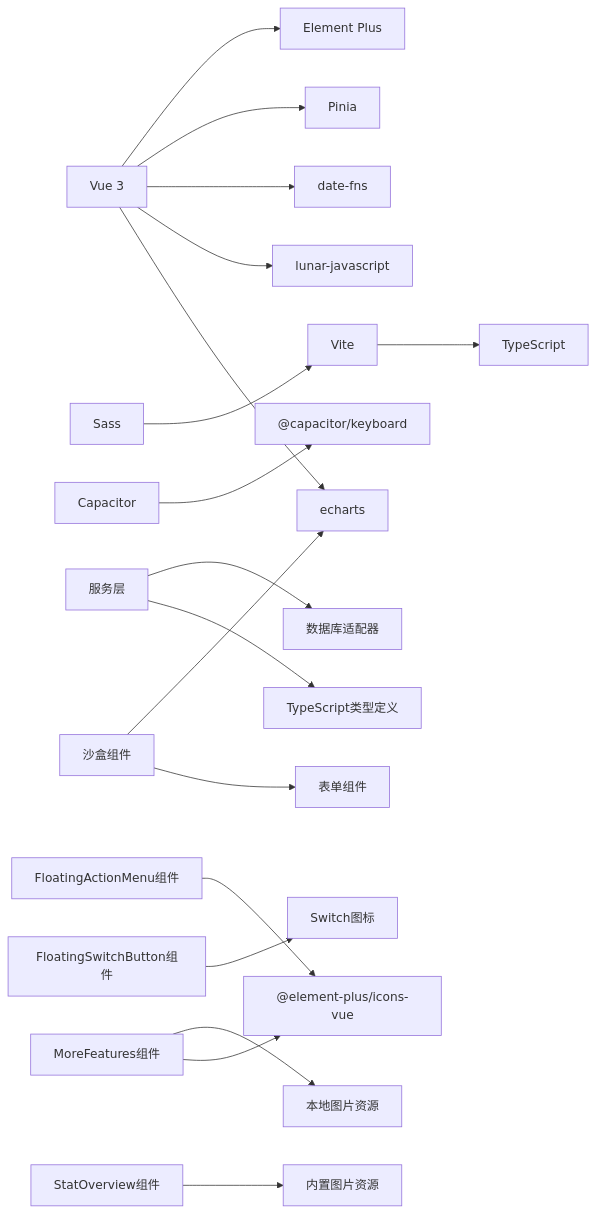
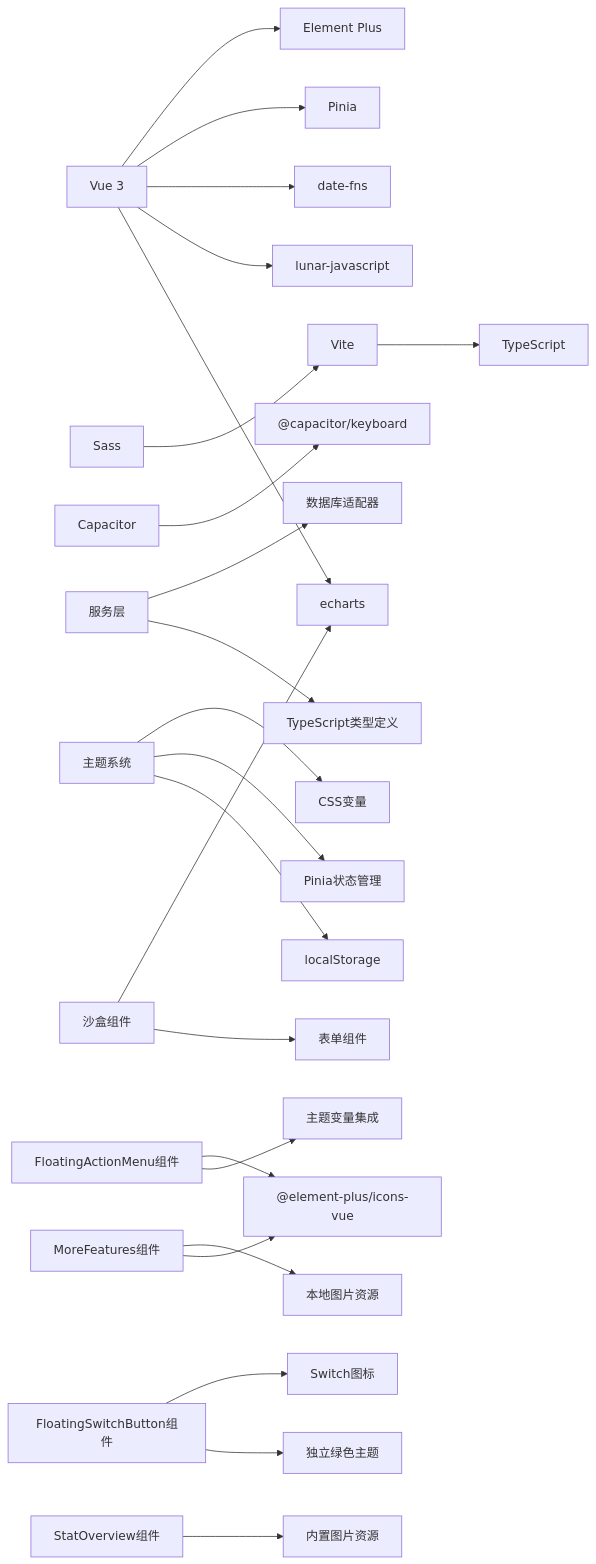
Diagram 20 of 20 in .qoder/repowiki/zh/content/UI组件/UI组件.md (xiao-lin-unit/yuan), drawn with Mermaid before and after one commit. The commit also changed other lines of this file and 7 other files, not shown here.

````diff
--- a/.qoder/repowiki/zh/content/UI组件/UI组件.md
+++ b/.qoder/repowiki/zh/content/UI组件/UI组件.md
@@ -1320,20 +1464,25 @@
 ```mermaid
 graph LR
 VUE["Vue 3"] --> EP["Element Plus"]
 VUE --> PINIA["Pinia"]
 VUE --> DATEFNS["date-fns"]
 VUE --> LUNAR["lunar-javascript"]
 VUE --> ECHARTS["echarts"]
 VITE["Vite"] --> TS["TypeScript"]
 SASS["Sass"] --> VITE
 CAP["Capacitor"] --> KEYBOARD["@capacitor/keyboard"]
 SERVICE["服务层"] --> DB["数据库适配器"]
 SERVICE --> TYPES["TypeScript类型定义"]
+THEME["主题系统"] --> CSSVARS["CSS变量"]
+THEME --> PINIATHEME["Pinia状态管理"]
+THEME --> LOCALSTORAGE["localStorage"]
 FAM["FloatingActionMenu组件"] --> ICONS["@element-plus/icons-vue"]
+FAM --> THEMEVARS["主题变量集成"]
 FSB["FloatingSwitchButton组件"] --> SWITCH["Switch图标"]
+FSB --> GREEN["独立绿色主题"]
 MF["MoreFeatures组件"] --> LOCALIMAGES["本地图片资源"]
 MF --> ICONS
 SANDBOX["沙盒组件"] --> ECHARTS
 SANDBOX --> FORM["表单组件"]
 STATOVERVIEW["StatOverview组件"] --> IMG["内置图片资源"]
 ```
````
